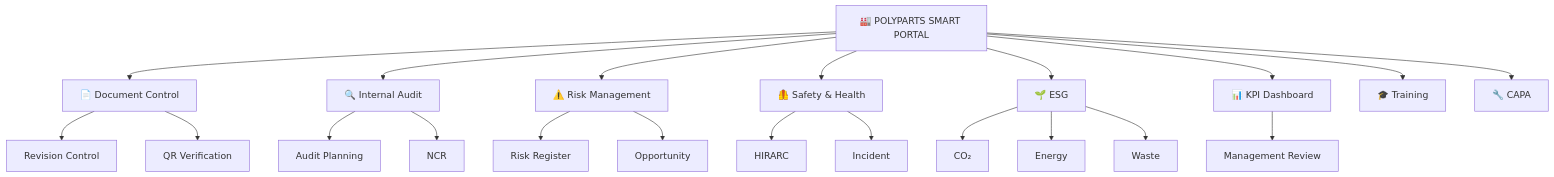
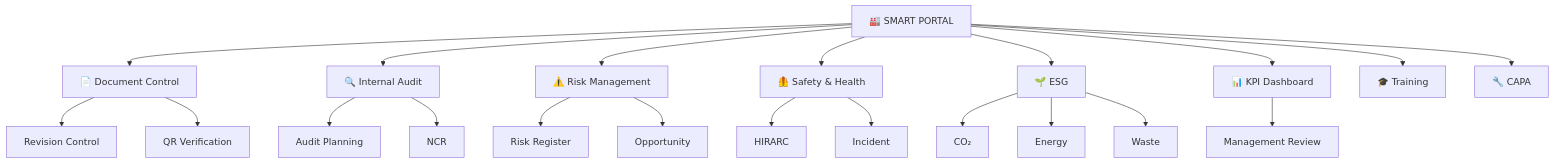
One commit to hafiz066kgi/hafiz066kgi changed the diagram in README.md. Above: the diagram before and after it, drawn with Mermaid. The commit also changed other lines of this file, not shown here.

````diff
--- a/README.md
+++ b/README.md
@@ -130,32 +126,32 @@
 ```mermaid
 flowchart TD
 
-A[🏭 POLYPARTS SMART PORTAL]
+A[🏭 SMART PORTAL]
 
 A --> B[📄 Document Control]
 A --> C[🔍 Internal Audit]
 A --> D[⚠️ Risk Management]
 A --> E[🦺 Safety & Health]
 A --> F[🌱 ESG]
 A --> G[📊 KPI Dashboard]
 A --> H[🎓 Training]
 A --> I[🔧 CAPA]
 
 B --> B1[Revision Control]
 B --> B2[QR Verification]
 
 C --> C1[Audit Planning]
 C --> C2[NCR]
 
 D --> D1[Risk Register]
 D --> D2[Opportunity]
 
 E --> E1[HIRARC]
 E --> E2[Incident]
 
 F --> F1[CO₂]
 F --> F2[Energy]
 F --> F3[Waste]
 
 G --> G1[Management Review]
 ```
````
